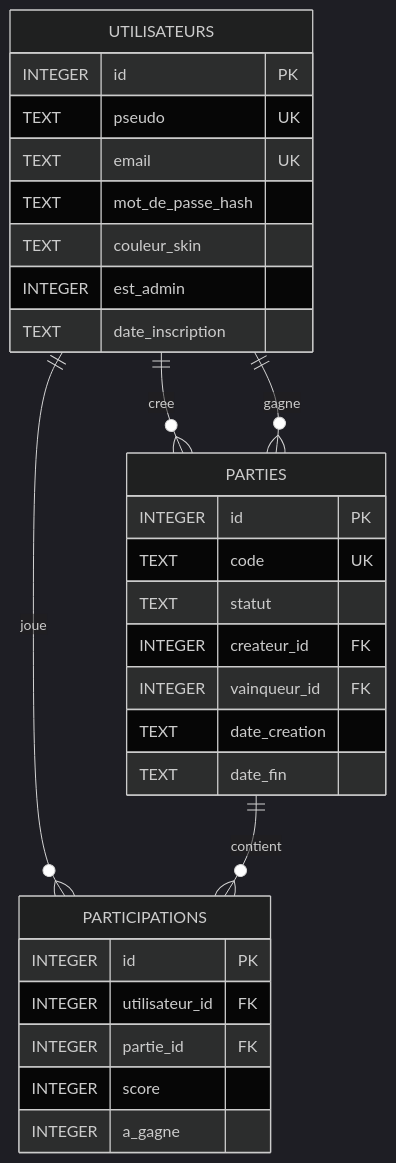
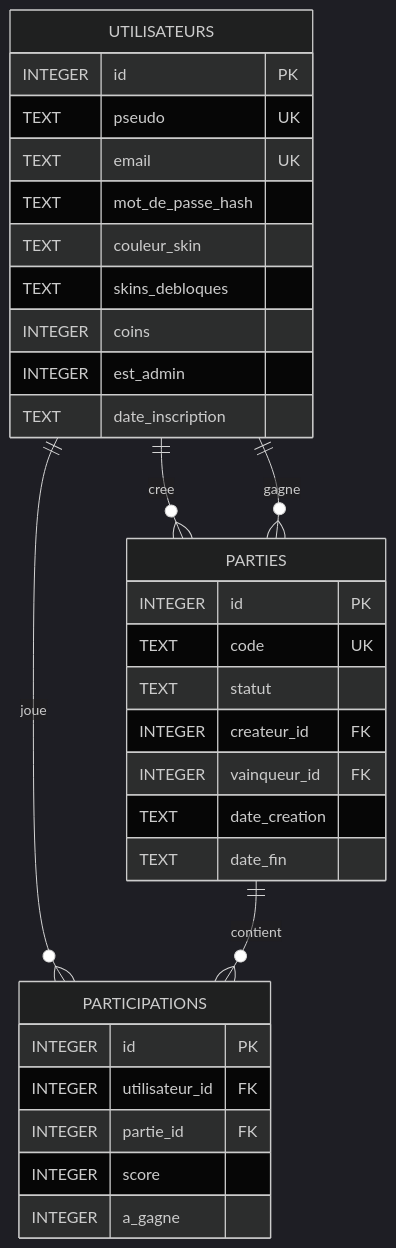
The diagram in docs/schema.md (Dontbyshai/Serpentix), drawn with Mermaid (dark theme) before and after one commit. The commit also changed other lines of this file and 24 other files, not shown here.

First line of the commit message:
Refonte UX jeu : landing noir & blanc, boutique skins et coins

````diff
--- a/docs/schema.md
+++ b/docs/schema.md
@@ -7,35 +7,37 @@
 ```mermaid
 erDiagram
     UTILISATEURS ||--o{ PARTIES : cree
     UTILISATEURS ||--o{ PARTIES : gagne
     UTILISATEURS ||--o{ PARTICIPATIONS : joue
     PARTIES ||--o{ PARTICIPATIONS : contient
 
     UTILISATEURS {
         INTEGER id PK
         TEXT pseudo UK
         TEXT email UK
         TEXT mot_de_passe_hash
         TEXT couleur_skin
+        TEXT skins_debloques
+        INTEGER coins
         INTEGER est_admin
         TEXT date_inscription
     }
 
     PARTIES {
         INTEGER id PK
         TEXT code UK
         TEXT statut
         INTEGER createur_id FK
         INTEGER vainqueur_id FK
         TEXT date_creation
         TEXT date_fin
     }
 
     PARTICIPATIONS {
         INTEGER id PK
         INTEGER utilisateur_id FK
         INTEGER partie_id FK
         INTEGER score
         INTEGER a_gagne
     }
 ```
````
